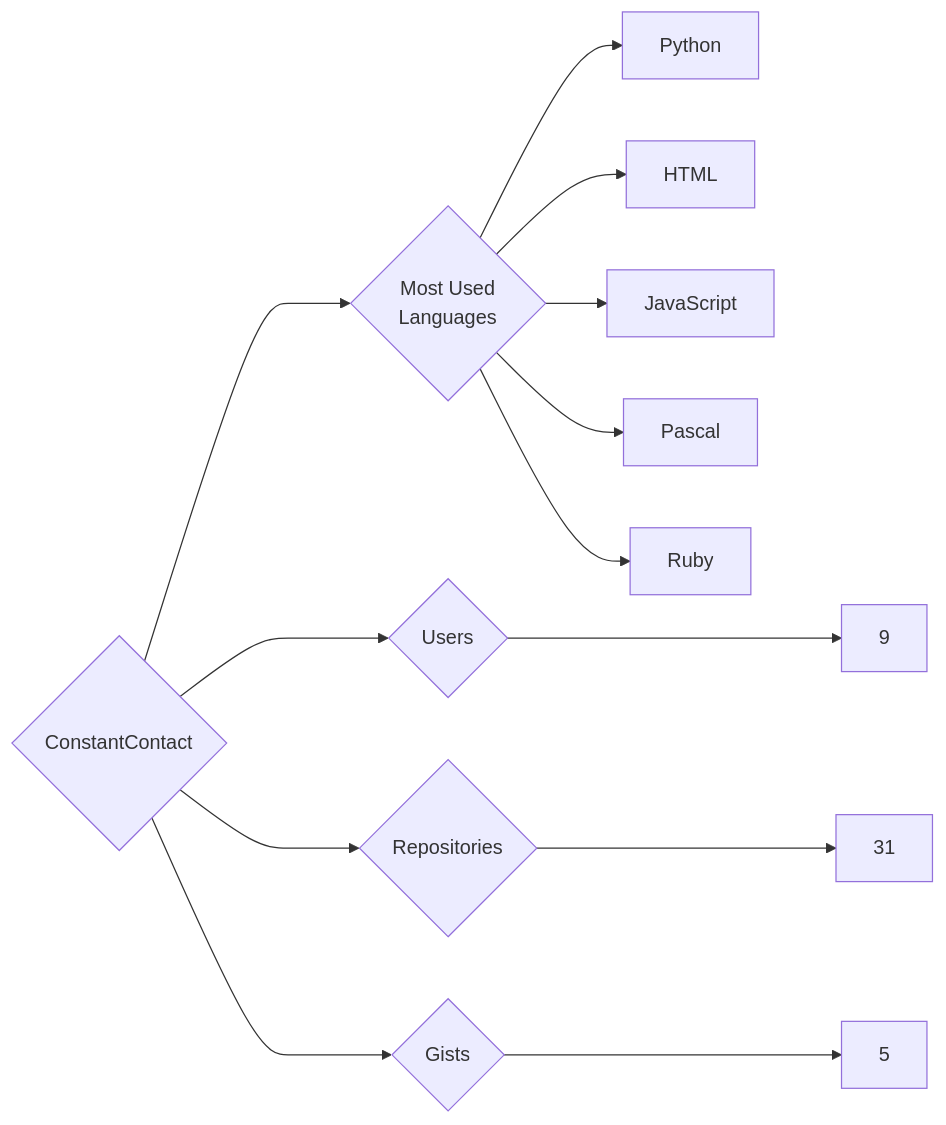
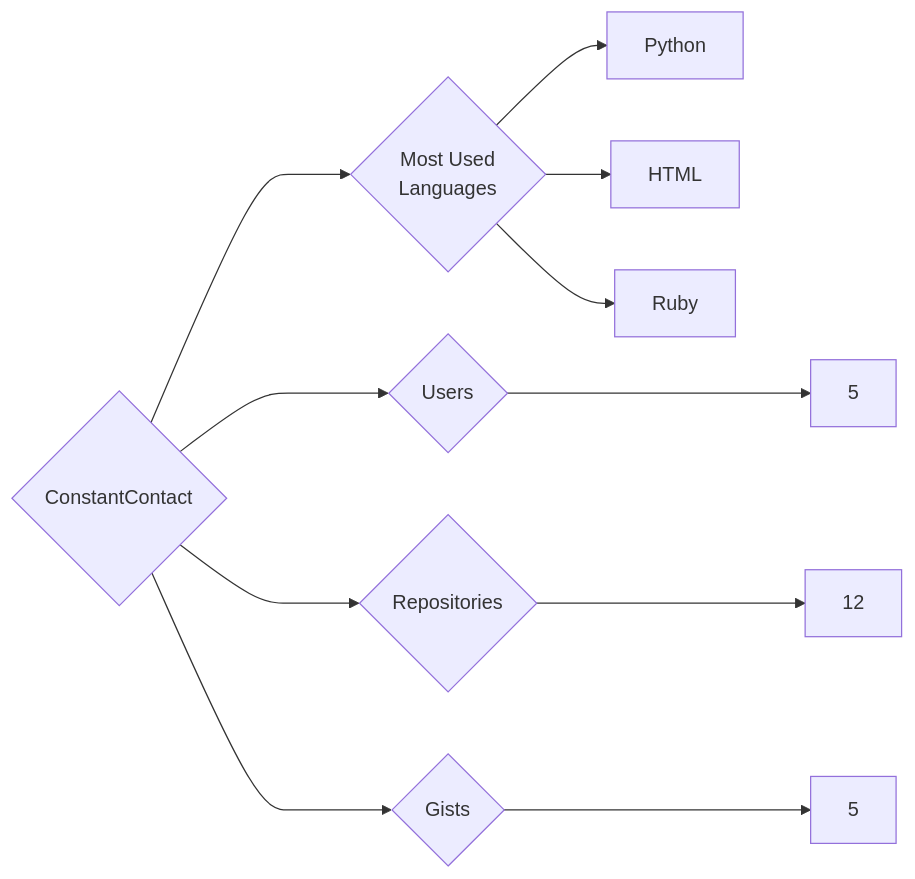
Before and after one commit to trickest/insiders: the diagram in targets/ConstantContact/README.md, drawn with Mermaid. The commit also changed 1078 other files, not shown here.

````diff
--- a/targets/ConstantContact/README.md
+++ b/targets/ConstantContact/README.md
@@ -3,13 +3,11 @@
 ```mermaid
 graph LR
 COMPANY_NAME{ConstantContact}
-COMPANY_NAME ---> U{Users} ---> UN[9]
-COMPANY_NAME ---> R{Repositories} ---> RN[31]
+COMPANY_NAME ---> U{Users} ---> UN[5]
+COMPANY_NAME ---> R{Repositories} ---> RN[12]
 COMPANY_NAME ---> G{Gists} ---> GN[5]
 COMPANY_NAME ---> ML{Most Used<br>Languages}
 ML --> Python[Python]
 ML --> HTML[HTML]
-ML --> JavaScript[JavaScript]
-ML --> Pascal[Pascal]
 ML --> Ruby[Ruby]
 ```
````
